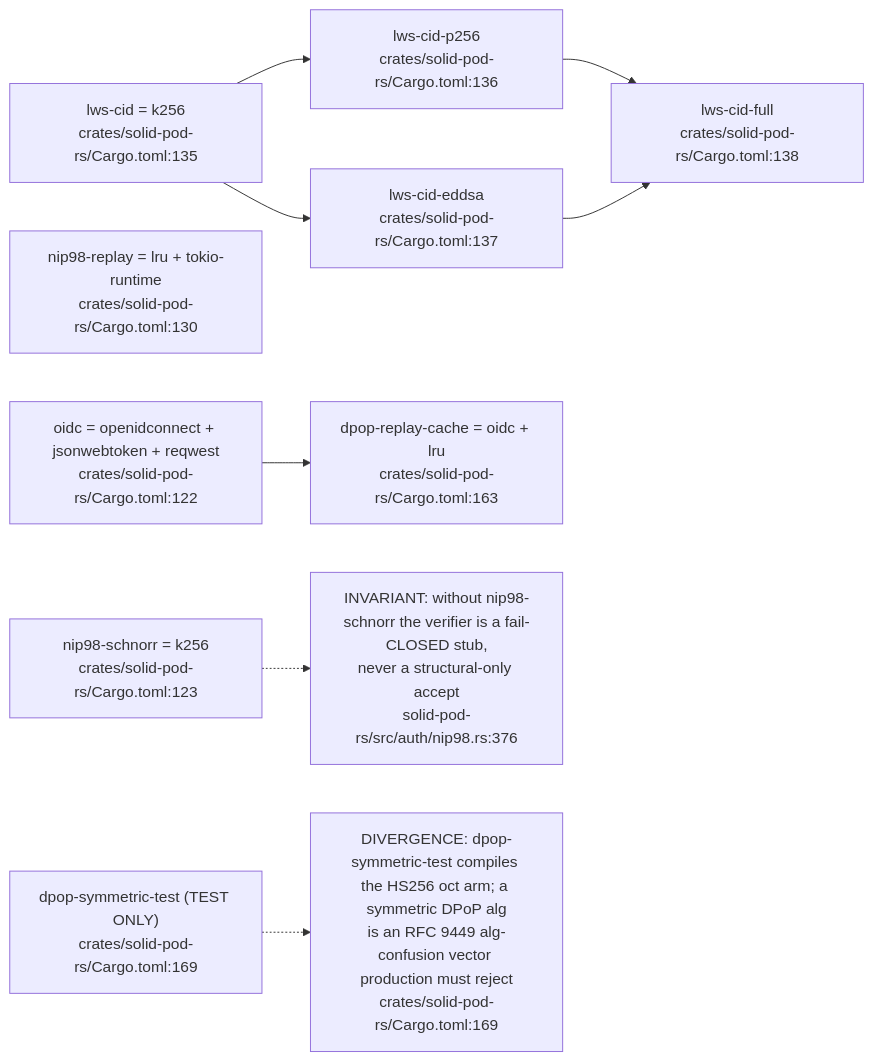
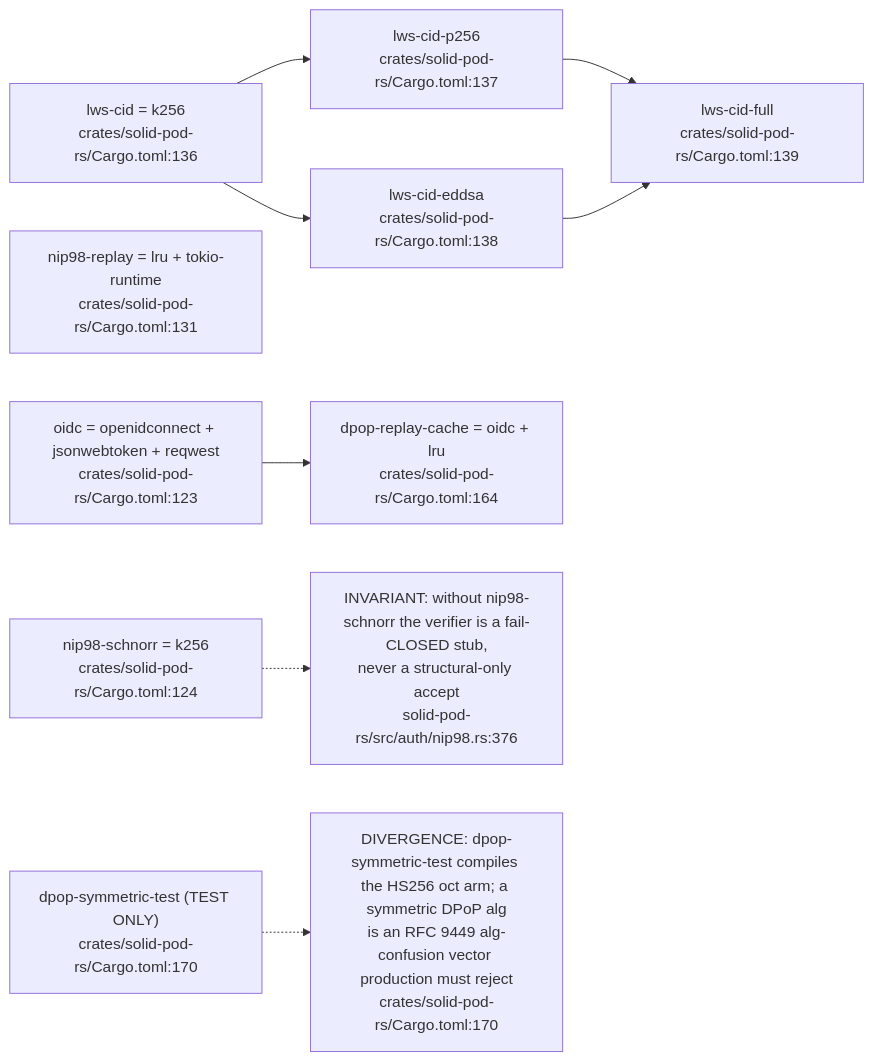
Before and after one commit to DreamLab-AI/VisionFlow: the fourth of 12 diagrams in docs/diagrams/solid-pod-rs/01-workspace-composition.md, drawn with Mermaid. The commit also changed other lines of this file and 94 other files, not shown here.

First line of the commit message:
docs(diagrams): re-verify 130 topics against 2 October HEADs

````diff
--- a/docs/diagrams/solid-pod-rs/01-workspace-composition.md
+++ b/docs/diagrams/solid-pod-rs/01-workspace-composition.md
@@ -129,23 +132,23 @@
 ```mermaid
 flowchart LR
-    NIP98S["nip98-schnorr = k256<br/>crates/solid-pod-rs/Cargo.toml:123"]
-    NIP98R["nip98-replay = lru + tokio-runtime<br/>crates/solid-pod-rs/Cargo.toml:130"]
-    LWS["lws-cid = k256<br/>crates/solid-pod-rs/Cargo.toml:135"]
-    LWSP["lws-cid-p256<br/>crates/solid-pod-rs/Cargo.toml:136"]
-    LWSE["lws-cid-eddsa<br/>crates/solid-pod-rs/Cargo.toml:137"]
-    LWSF["lws-cid-full<br/>crates/solid-pod-rs/Cargo.toml:138"]
-    OIDCF["oidc = openidconnect + jsonwebtoken + reqwest<br/>crates/solid-pod-rs/Cargo.toml:122"]
-    DPOPR["dpop-replay-cache = oidc + lru<br/>crates/solid-pod-rs/Cargo.toml:163"]
-    DPOPT["dpop-symmetric-test (TEST ONLY)<br/>crates/solid-pod-rs/Cargo.toml:169"]
+    NIP98S["nip98-schnorr = k256<br/>crates/solid-pod-rs/Cargo.toml:124"]
+    NIP98R["nip98-replay = lru + tokio-runtime<br/>crates/solid-pod-rs/Cargo.toml:131"]
+    LWS["lws-cid = k256<br/>crates/solid-pod-rs/Cargo.toml:136"]
+    LWSP["lws-cid-p256<br/>crates/solid-pod-rs/Cargo.toml:137"]
+    LWSE["lws-cid-eddsa<br/>crates/solid-pod-rs/Cargo.toml:138"]
+    LWSF["lws-cid-full<br/>crates/solid-pod-rs/Cargo.toml:139"]
+    OIDCF["oidc = openidconnect + jsonwebtoken + reqwest<br/>crates/solid-pod-rs/Cargo.toml:123"]
+    DPOPR["dpop-replay-cache = oidc + lru<br/>crates/solid-pod-rs/Cargo.toml:164"]
+    DPOPT["dpop-symmetric-test (TEST ONLY)<br/>crates/solid-pod-rs/Cargo.toml:170"]
 
     LWS --> LWSP
     LWS --> LWSE
     LWSP --> LWSF
     LWSE --> LWSF
     OIDCF --> DPOPR
 
     G1["INVARIANT: without nip98-schnorr the verifier is a fail-CLOSED stub,<br/>never a structural-only accept<br/>solid-pod-rs/src/auth/nip98.rs:376"]
     NIP98S -.-> G1
-    G2["DIVERGENCE: dpop-symmetric-test compiles the HS256 oct arm; a symmetric DPoP alg<br/>is an RFC 9449 alg-confusion vector production must reject<br/>crates/solid-pod-rs/Cargo.toml:169"]
+    G2["DIVERGENCE: dpop-symmetric-test compiles the HS256 oct arm; a symmetric DPoP alg<br/>is an RFC 9449 alg-confusion vector production must reject<br/>crates/solid-pod-rs/Cargo.toml:170"]
     DPOPT -.-> G2
 ```
````
